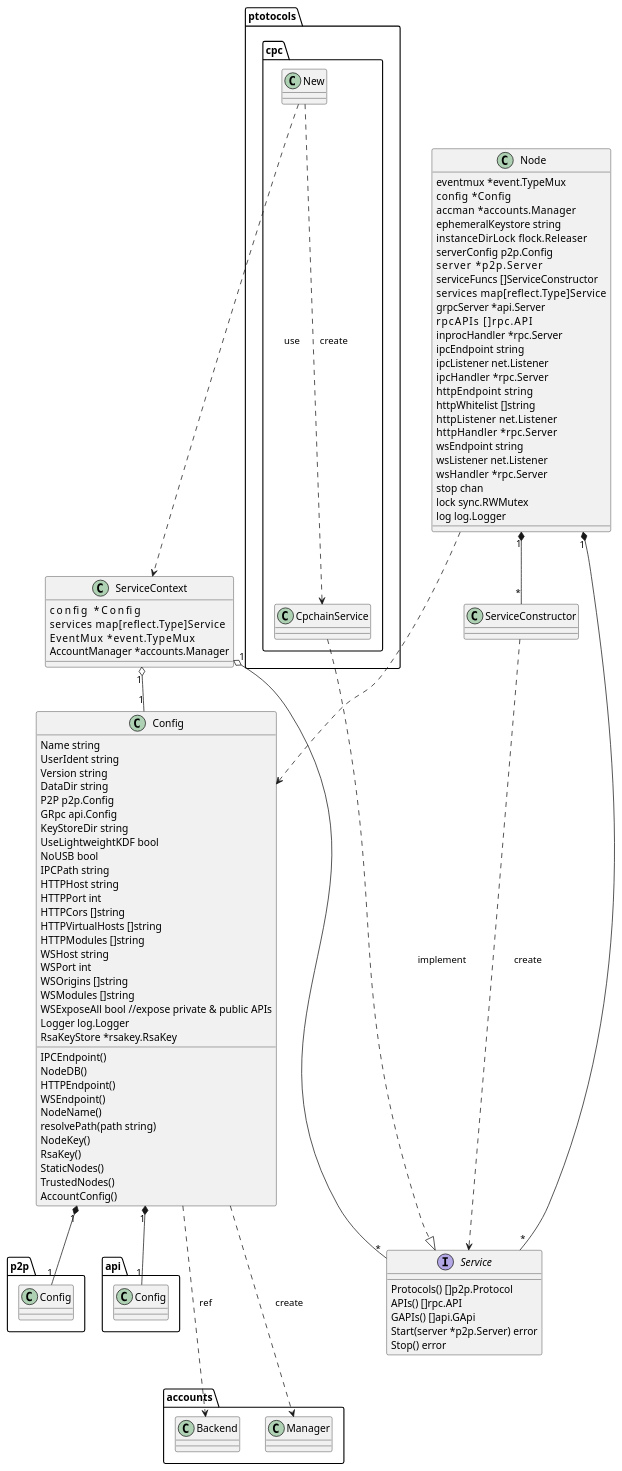
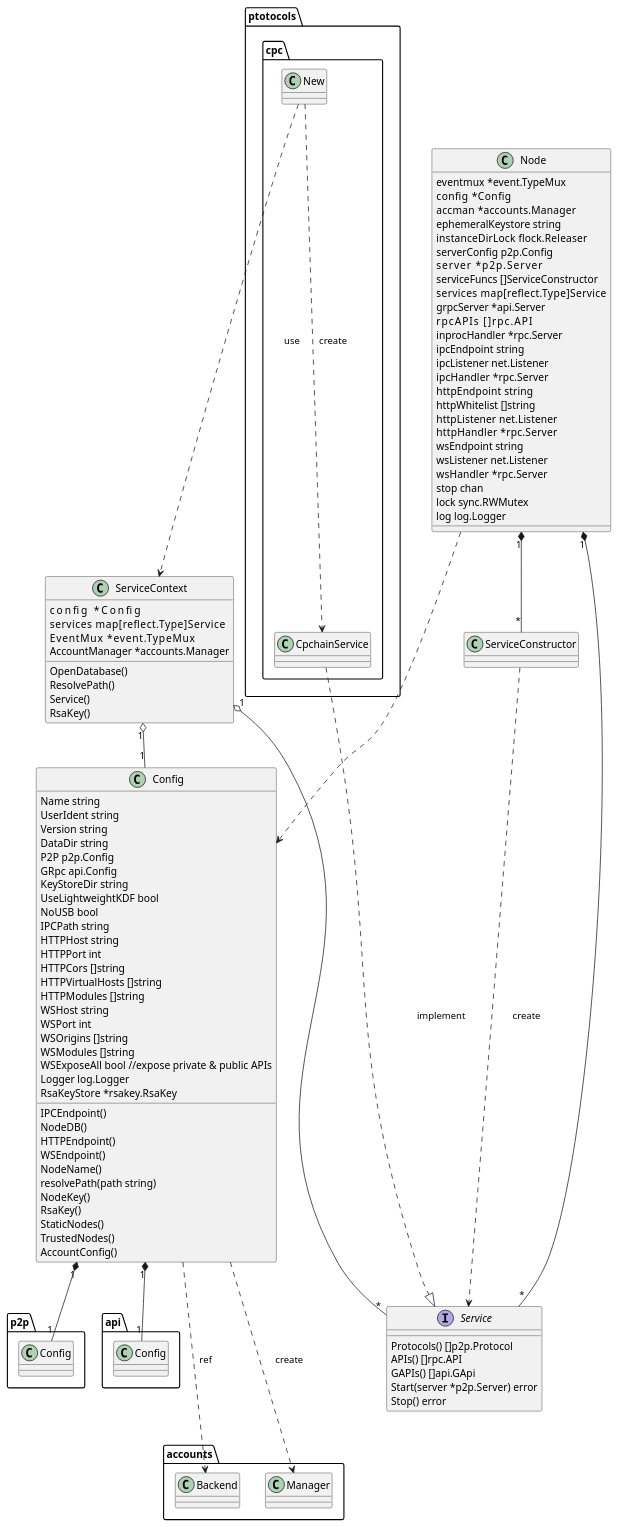
One commit to CPChain/chain changed the diagram in node/node_class.plantuml. Above: the diagram before and after it, drawn with PlantUML.

Commit message:
CHAIN-257 update uml

```diff
--- a/node/node_class.plantuml
+++ b/node/node_class.plantuml
@@ -1,118 +1,123 @@
 @startuml
 
 class Node {
 	eventmux *event.TypeMux
 	config   *Config
 	accman   *accounts.Manager
 	ephemeralKeystore string
 	instanceDirLock   flock.Releaser
 	serverConfig p2p.Config
 	server       *p2p.Server
 	serviceFuncs []ServiceConstructor
 	services     map[reflect.Type]Service
 	grpcServer *api.Server
 	rpcAPIs       []rpc.API
 	inprocHandler *rpc.Server
 	ipcEndpoint string
 	ipcListener net.Listener
 	ipcHandler  *rpc.Server
 	httpEndpoint  string
 	httpWhitelist []string
 	httpListener  net.Listener
 	httpHandler   *rpc.Server
 	wsEndpoint string
 	wsListener net.Listener
 	wsHandler  *rpc.Server
 	stop chan
 	lock sync.RWMutex
 	log log.Logger
 }
 
 
 class Config {
 	Name string
 	UserIdent string
 	Version string
 	DataDir string
 	P2P p2p.Config
 	GRpc api.Config
 	KeyStoreDir string
 	UseLightweightKDF bool
 	NoUSB bool
 	IPCPath string
 	HTTPHost string
 	HTTPPort int
 	HTTPCors []string
 	HTTPVirtualHosts []string
 	HTTPModules []string
 	WSHost string
 	WSPort int
 	WSOrigins []string
 	WSModules []string
 	WSExposeAll bool //expose private & public APIs
 	Logger log.Logger
 	RsaKeyStore *rsakey.RsaKey
 
 	IPCEndpoint()
     NodeDB()
     HTTPEndpoint()
     WSEndpoint()
     NodeName()
     resolvePath(path string)
     NodeKey()
     RsaKey()
     StaticNodes()
     TrustedNodes()
     AccountConfig()
 }
 
 class p2p.Config {
 }
 
 Config "1" *-- "1" p2p.Config
 
 class api.Config {
 }
 
 Config "1" *-- "1" api.Config
 
 class accounts.Backend
 
 Config ...> accounts.Backend : ref
 Config ...> accounts.Manager : create
 
 Node ...> Config
 
 class ServiceContext {
 	config         *Config
 	services       map[reflect.Type]Service
 	EventMux       *event.TypeMux
 	AccountManager *accounts.Manager
+
+	OpenDatabase()
+	ResolvePath()
+	Service()
+	RsaKey()
 }
 
 ServiceContext "1" o-- "1" Config
 
 interface Service {
 	Protocols() []p2p.Protocol
 	APIs() []rpc.API
 	GAPIs() []api.GApi
 	Start(server *p2p.Server) error
 	Stop() error
 }
 
 package ptotocols.cpc {
   class CpchainService
   New ...> CpchainService : create
   CpchainService ...|> Service : implement
   New ...> ServiceContext : use
 }
 
 Node "1" *-- "*" Service
 ServiceContext "1" o-- "*" Service
 
 class ServiceConstructor
 
 Node "1" *-- "*" ServiceConstructor
 ServiceConstructor ...> Service : create
 
 @enduml
```
